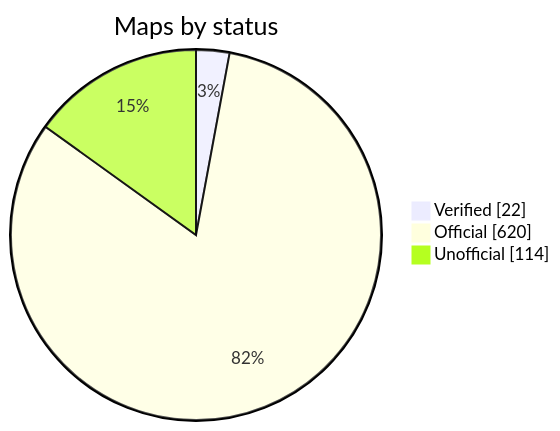
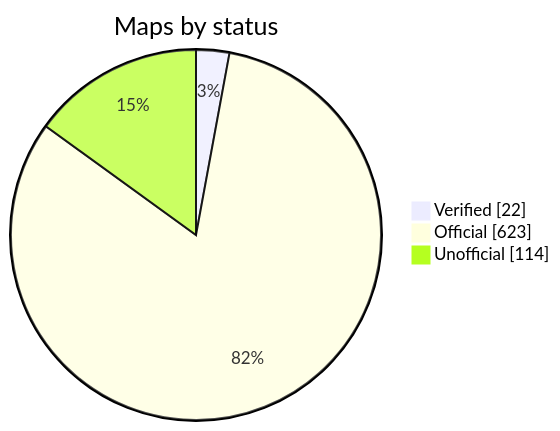
One commit to nobrega8/mbmap-library changed the diagram in README.md. Above: the diagram before and after it, drawn with Mermaid. The commit also changed 8 other files, not shown here.

````diff
--- a/README.md
+++ b/README.md
@@ -52,7 +52,7 @@
 ```mermaid
 pie showData
     title Maps by status
     "Verified" : 22
-    "Official" : 620
+    "Official" : 623
     "Unofficial" : 114
 ```
````
